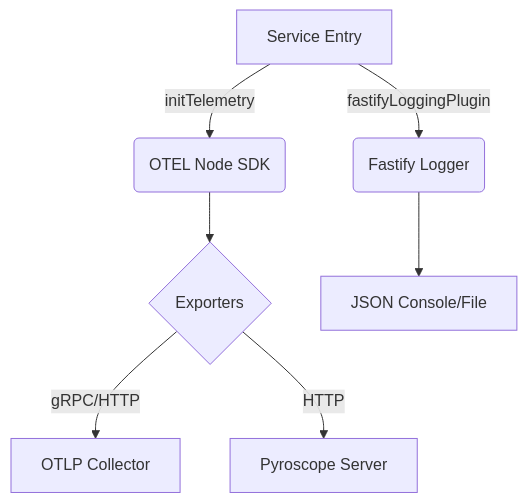
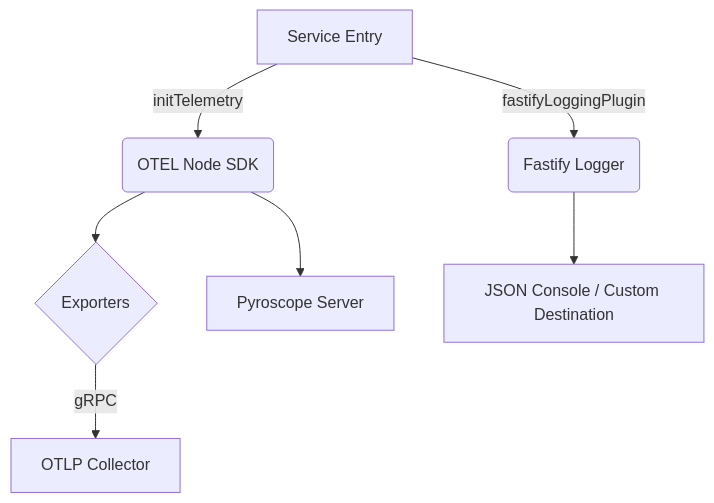
Before and after one commit to Zetro-Crew/video-editor: the diagram in packages/observability/README.md, drawn with Mermaid. The commit also changed other lines of this file and 1 other file, not shown here.

````diff
--- a/packages/observability/README.md
+++ b/packages/observability/README.md
@@ -27,10 +28,10 @@
 ```mermaid
 graph TD
     A[Service Entry] -->|initTelemetry| B(OTEL Node SDK)
     B --> C{Exporters}
-    C -->|gRPC/HTTP| D[OTLP Collector]
-    C -->|HTTP| E[Pyroscope Server]
-    
+    C -->|gRPC| D[OTLP Collector]
+    B --> E[Pyroscope Server]
+
     A -->|fastifyLoggingPlugin| F(Fastify Logger)
-    F --> G[JSON Console/File]
+    F --> G[JSON Console / Custom Destination]
 ```
````
